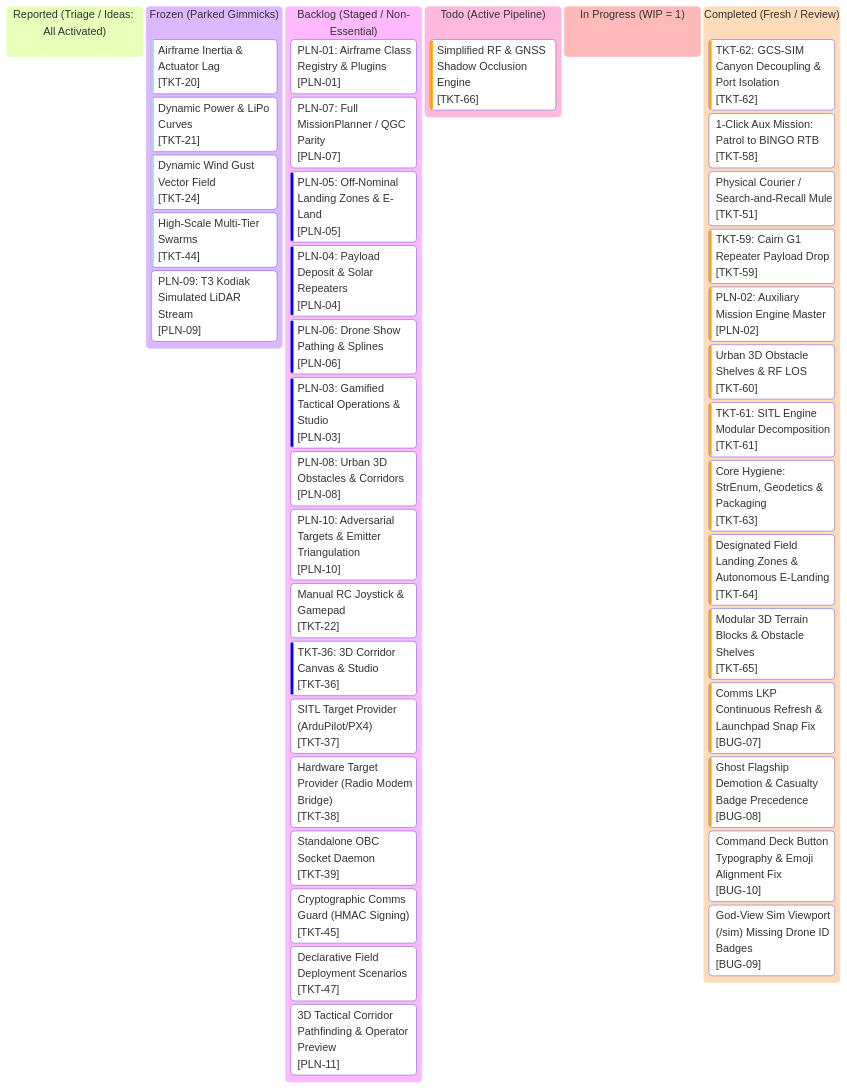
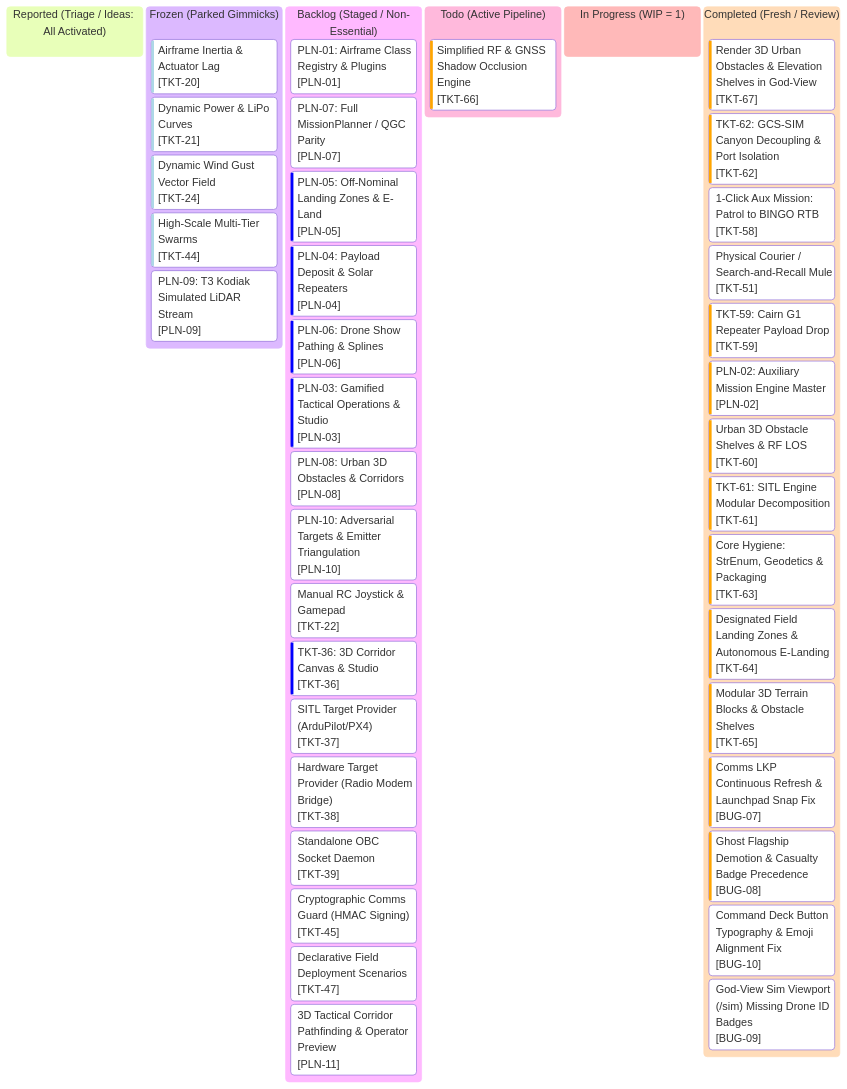
Before and after one commit to AlitheiaDeus/AlitheiaHive: the diagram in roadmap/kanban.md, drawn with Mermaid. The commit also changed other lines of this file and 2 other files, not shown here.

Commit message:
feat(sim-ui): render 3d urban obstacles and elevation shelves in god-view (TKT-67)

````diff
--- a/roadmap/kanban.md
+++ b/roadmap/kanban.md
@@ -10,65 +10,66 @@
 ```mermaid
 %%{init: {
   'theme': 'base',
   'themeVariables': {
     'primaryColor': '#0d2235',
     'primaryTextColor': '#d4f4ff',
     'primaryBorderColor': '#00f0ff',
     'lineColor': '#00f0ff',
     'background': '#061019',
     'mainBkg': '#0a1926',
     'secondaryColor': '#081420',
     'secondaryTextColor': '#5a7e96',
     'secondaryBorderColor': '#134e6f',
     'tertiaryColor': '#0e263d',
     'tertiaryTextColor': '#00ffaa',
     'tertiaryBorderColor': '#00ffaa',
     'clusterBkg': '#081420',
     'clusterBorder': '#134e6f',
     'fontFamily': "'JetBrains Mono', 'Courier New', monospace"
   }
 }}%%
 kanban
   reported["Reported (Triage / Ideas: All Activated)"]
   frozen["Frozen (Parked Gimmicks)"]
     tkt20["Airframe Inertia & Actuator Lag"]@{ ticket: '[TKT-20]', priority: 'Very Low' }
     tkt21["Dynamic Power & LiPo Curves"]@{ ticket: '[TKT-21]', priority: 'Very Low' }
     tkt24["Dynamic Wind Gust Vector Field"]@{ ticket: '[TKT-24]', priority: 'Very Low' }
     tkt44["High-Scale Multi-Tier Swarms"]@{ ticket: '[TKT-44]', priority: 'Very Low' }
     pln09["PLN-09: T3 Kodiak Simulated LiDAR Stream"]@{ ticket: '[PLN-09]', priority: 'Medium' }
   backlog["Backlog (Staged / Non-Essential)"]
     pln01["PLN-01: Airframe Class Registry & Plugins"]@{ ticket: '[PLN-01]', priority: 'Medium' }
     pln07["PLN-07: Full MissionPlanner / QGC Parity"]@{ ticket: '[PLN-07]', priority: 'Medium' }
     pln05["PLN-05: Off-Nominal Landing Zones & E-Land"]@{ ticket: '[PLN-05]', priority: 'Low' }
     pln04["PLN-04: Payload Deposit & Solar Repeaters"]@{ ticket: '[PLN-04]', priority: 'Low' }
     pln06["PLN-06: Drone Show Pathing & Splines"]@{ ticket: '[PLN-06]', priority: 'Low' }
     pln03["PLN-03: Gamified Tactical Operations & Studio"]@{ ticket: '[PLN-03]', priority: 'Low' }
     pln08["PLN-08: Urban 3D Obstacles & Corridors"]@{ ticket: '[PLN-08]', priority: 'Medium' }
     pln10["PLN-10: Adversarial Targets & Emitter Triangulation"]@{ ticket: '[PLN-10]', priority: 'Medium' }
     tkt22["Manual RC Joystick & Gamepad"]@{ ticket: '[TKT-22]', priority: 'Medium' }
     tkt36["TKT-36: 3D Corridor Canvas & Studio"]@{ ticket: '[TKT-36]', priority: 'Low' }
     tkt37["SITL Target Provider (ArduPilot/PX4)"]@{ ticket: '[TKT-37]', priority: 'Medium' }
     tkt38["Hardware Target Provider (Radio Modem Bridge)"]@{ ticket: '[TKT-38]', priority: 'Medium' }
     tkt39["Standalone OBC Socket Daemon"]@{ ticket: '[TKT-39]', priority: 'Medium' }
     tkt45["Cryptographic Comms Guard (HMAC Signing)"]@{ ticket: '[TKT-45]', priority: 'Medium' }
     tkt47["Declarative Field Deployment Scenarios"]@{ ticket: '[TKT-47]', priority: 'Medium' }
     pln11["3D Tactical Corridor Pathfinding & Operator Preview"]@{ ticket: '[PLN-11]', priority: 'Medium' }
   todo["Todo (Active Pipeline)"]
     tkt66["Simplified RF & GNSS Shadow Occlusion Engine"]@{ ticket: '[TKT-66]', priority: 'High' }
   in_progress["In Progress (WIP = 1)"]
   completed["Completed (Fresh / Review)"]
+    tkt67["Render 3D Urban Obstacles & Elevation Shelves in God-View"]@{ ticket: '[TKT-67]', priority: 'High' }
     tkt62["TKT-62: GCS-SIM Canyon Decoupling & Port Isolation"]@{ ticket: '[TKT-62]', priority: 'High' }
     tkt58["1-Click Aux Mission: Patrol to BINGO RTB"]@{ ticket: '[TKT-58]', priority: 'Medium' }
     tkt51["Physical Courier / Search-and-Recall Mule"]@{ ticket: '[TKT-51]', priority: 'Medium' }
     tkt59["TKT-59: Cairn G1 Repeater Payload Drop"]@{ ticket: '[TKT-59]', priority: 'High' }
     pln02["PLN-02: Auxiliary Mission Engine Master"]@{ ticket: '[PLN-02]', priority: 'High' }
     tkt60["Urban 3D Obstacle Shelves & RF LOS"]@{ ticket: '[TKT-60]', priority: 'High' }
     tkt61["TKT-61: SITL Engine Modular Decomposition"]@{ ticket: '[TKT-61]', priority: 'High' }
     tkt63["Core Hygiene: StrEnum, Geodetics & Packaging"]@{ ticket: '[TKT-63]', priority: 'High' }
     tkt64["Designated Field Landing Zones & Autonomous E-Landing"]@{ ticket: '[TKT-64]', priority: 'High' }
     tkt65["Modular 3D Terrain Blocks & Obstacle Shelves"]@{ ticket: '[TKT-65]', priority: 'High' }
     bug07["Comms LKP Continuous Refresh & Launchpad Snap Fix"]@{ ticket: '[BUG-07]', priority: 'High' }
     bug08["Ghost Flagship Demotion & Casualty Badge Precedence"]@{ ticket: '[BUG-08]', priority: 'High' }
     bug10["Command Deck Button Typography & Emoji Alignment Fix"]@{ ticket: '[BUG-10]', priority: 'Normal' }
     bug09["God-View Sim Viewport (/sim) Missing Drone ID Badges"]@{ ticket: '[BUG-09]', priority: 'Normal' }
 ```
````
